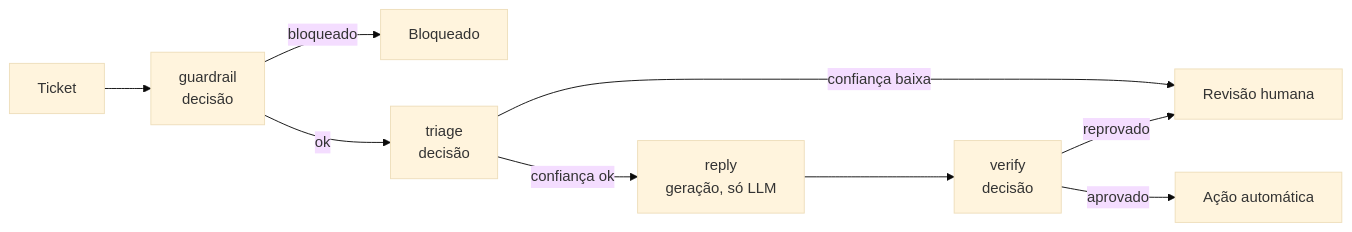
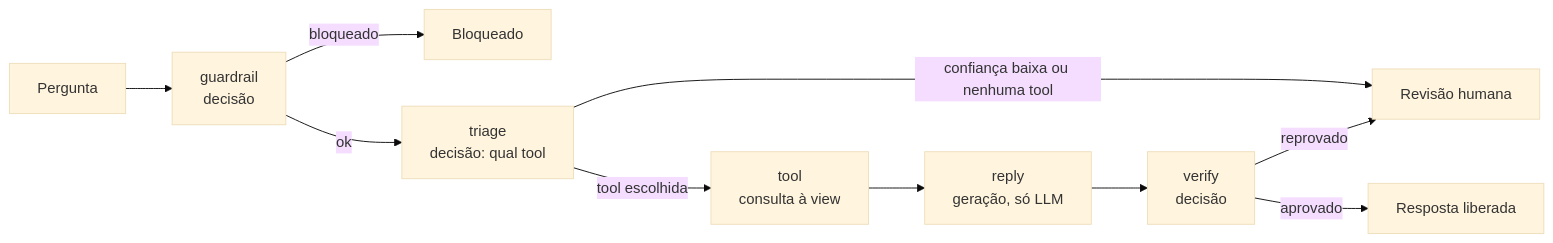
Before and after one commit to caio-moliveira/workshop-jev: the diagram in docs/PRD.md, drawn with Mermaid (base theme). The commit also changed other lines of this file and 12 other files, not shown here.

````diff
--- a/docs/PRD.md
+++ b/docs/PRD.md
@@ -52,11 +52,12 @@
 ```mermaid
 flowchart LR
-    IN[Ticket] --> G[guardrail\ndecisão]
+    IN[Pergunta] --> G[guardrail\ndecisão]
     G -- bloqueado --> END1[Bloqueado]
-    G -- ok --> T[triage\ndecisão]
-    T -- confiança baixa --> H[Revisão humana]
-    T -- confiança ok --> R[reply\ngeração, só LLM]
+    G -- ok --> T[triage\ndecisão: qual tool]
+    T -- confiança baixa ou nenhuma tool --> H[Revisão humana]
+    T -- tool escolhida --> X[tool\nconsulta à view]
+    X --> R[reply\ngeração, só LLM]
     R --> V[verify\ndecisão]
     V -- reprovado --> H
-    V -- aprovado --> A[Ação automática]
+    V -- aprovado --> A[Resposta liberada]
 ```
````
